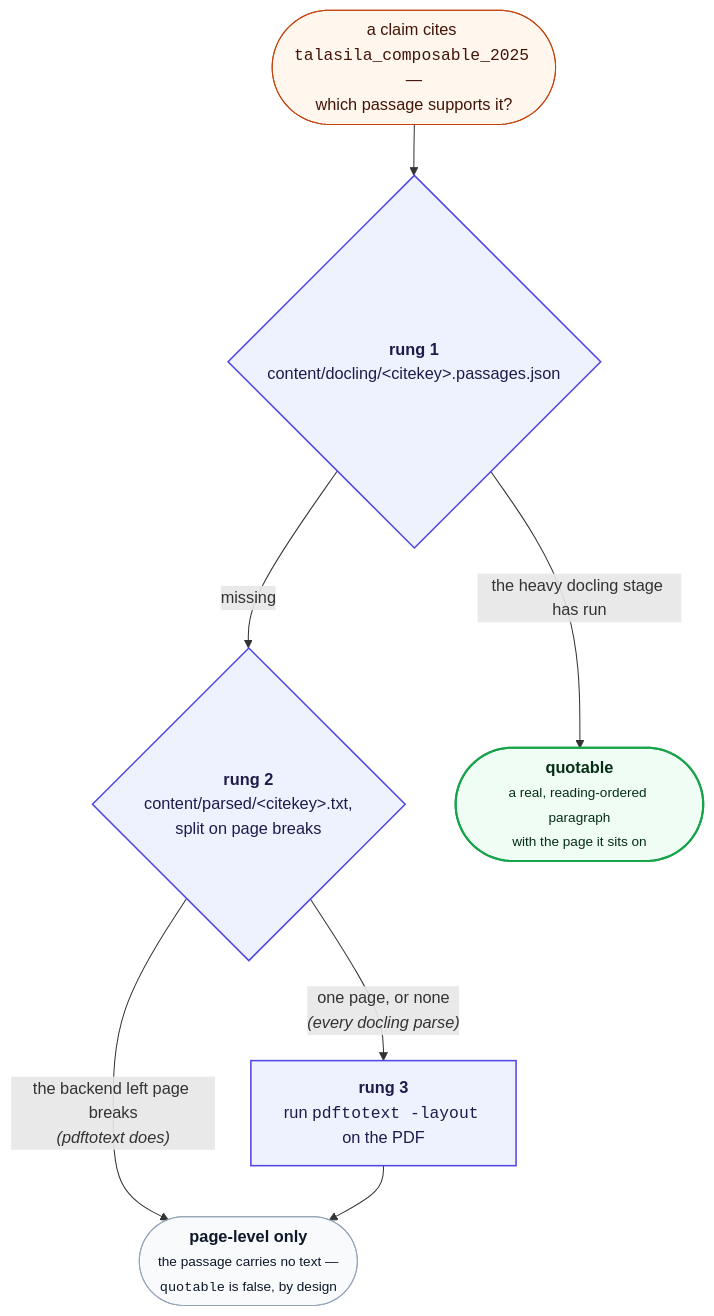
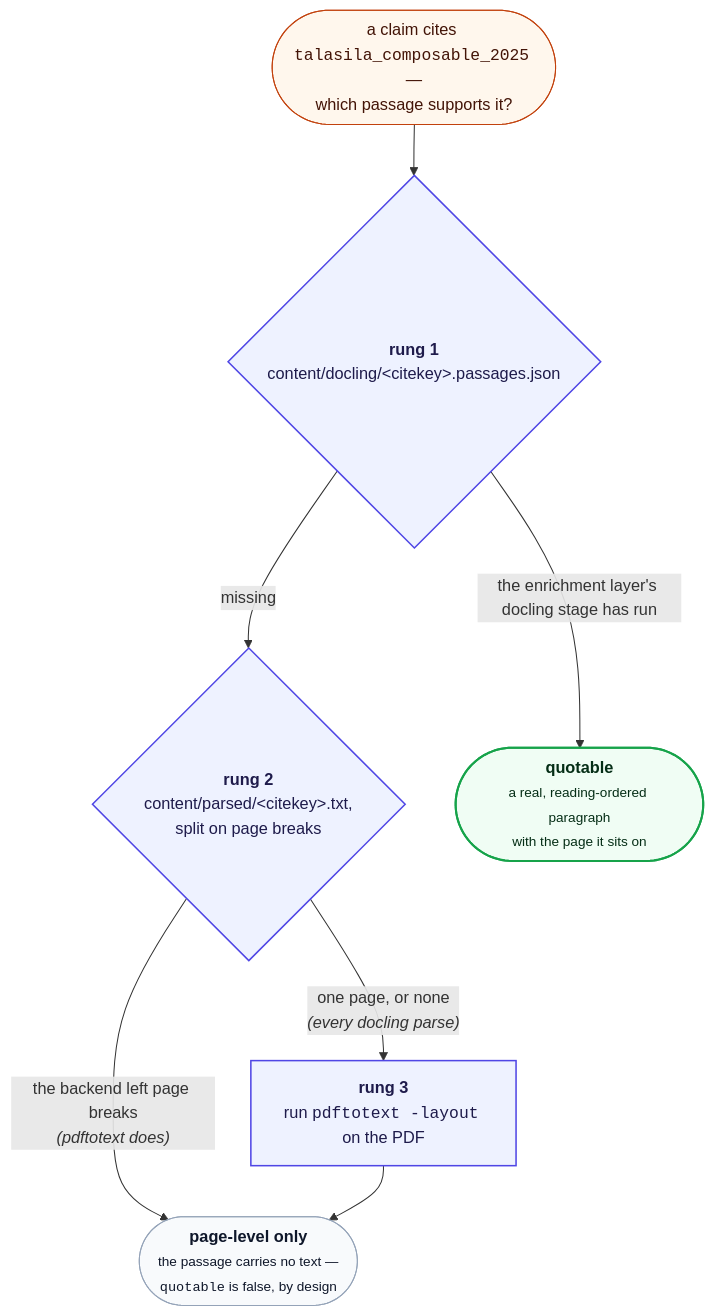
One commit to prasadtalasila/automated-research changed the diagram in docs/CITATION-PROVENANCE.md. Above: the diagram before and after it, drawn with Mermaid. The commit also changed other lines of this file and 33 other files, not shown here.

````diff
--- a/docs/CITATION-PROVENANCE.md
+++ b/docs/CITATION-PROVENANCE.md
@@ -297,29 +300,29 @@
 ```mermaid
 flowchart TB
 
   ASK(["a claim cites <code>talasila_composable_2025</code> —<br/>which passage supports it?"])
 
   R1{"<b>rung 1</b><br/>content/docling/&lt;citekey&gt;.passages.json"}
   R2{"<b>rung 2</b><br/>content/parsed/&lt;citekey&gt;.txt,<br/>split on page breaks"}
   R3["<b>rung 3</b><br/>run <code>pdftotext -layout</code> on the PDF"]
 
   GOOD(["<b>quotable</b><br/><small>a real, reading-ordered paragraph<br/>with the page it sits on</small>"])
   MEH(["<b>page-level only</b><br/><small>the passage carries no text —<br/><code>quotable</code> is false, by design</small>"])
 
   ASK --> R1
-  R1 -- "the heavy docling stage has run" --> GOOD
+  R1 -- "the enrichment layer's docling stage has run" --> GOOD
   R1 -- "missing" --> R2
   R2 -- "the backend left page breaks<br/><i>(pdftotext does)</i>" --> MEH
   R2 -- "one page, or none<br/><i>(every docling parse)</i>" --> R3
   R3 --> MEH
 
   classDef ask fill:#fff7ed,stroke:#c2410c,color:#431407
   classDef rung fill:#eef2ff,stroke:#4f46e5,stroke-width:1.5px,color:#1e1b4b
   classDef good fill:#f0fdf4,stroke:#16a34a,stroke-width:2px,color:#052e16
   classDef meh fill:#f8fafc,stroke:#94a3b8,color:#0f172a
 
   class ASK ask
   class R1,R2,R3 rung
   class GOOD good
   class MEH meh
 ```
````
